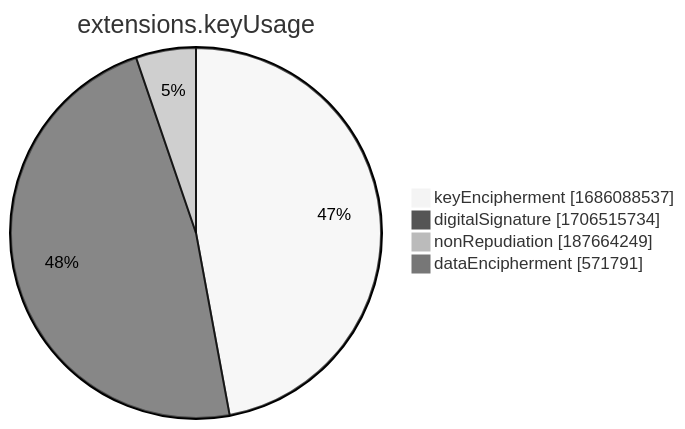
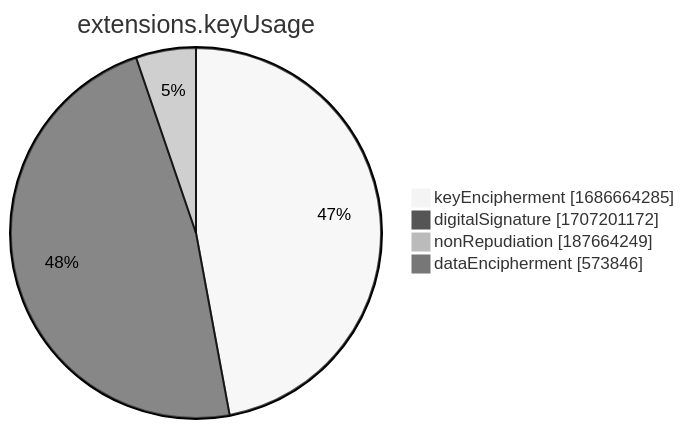
One commit to christiankrug/ctmonitor_visualization changed the seventh of 15 diagrams in xenon2022/README.md. Above: the diagram before and after it, drawn with Mermaid (neutral theme). The commit also changed other lines of this file, not shown here.

````diff
--- a/xenon2022/README.md
+++ b/xenon2022/README.md
@@ -2858,8 +2858,8 @@
 ```mermaid
 pie showData
 title extensions.keyUsage
-"keyEncipherment" :1686088537
-"digitalSignature" :1706515734
+"keyEncipherment" :1686664285
+"digitalSignature" :1707201172
 "nonRepudiation" :187664249
-"dataEncipherment" :571791
+"dataEncipherment" :573846
 ```
````
